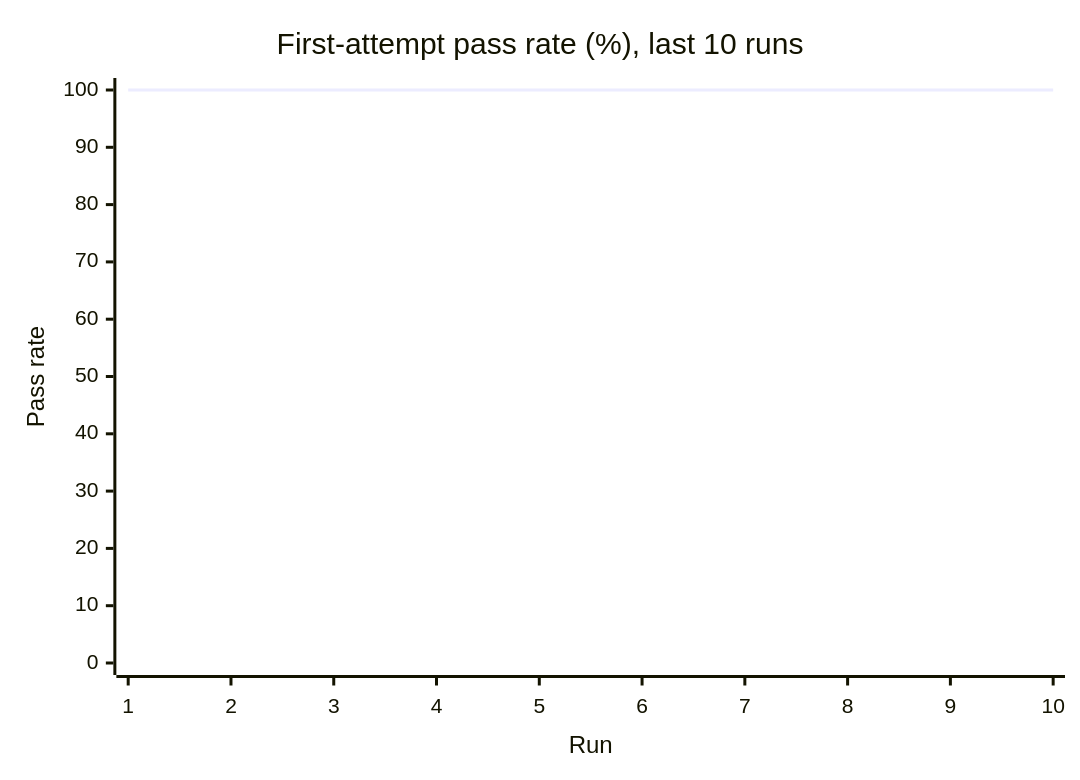
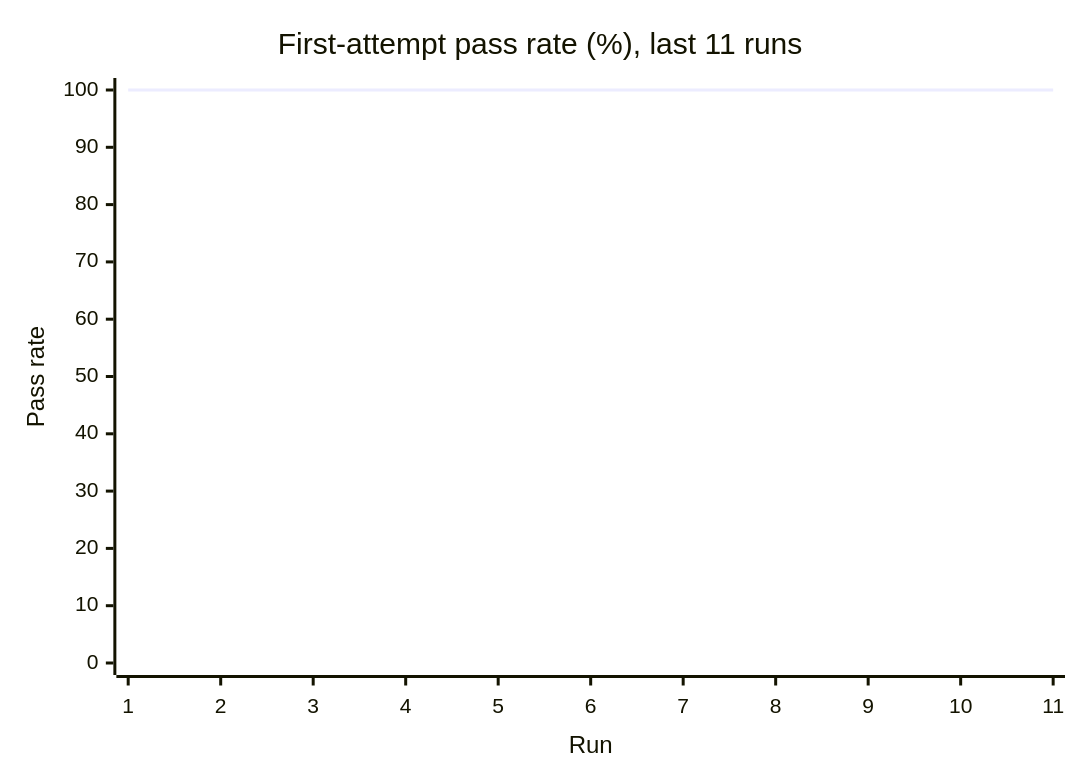
Before and after one commit to Shirojoufu/DORA-Metrics: the first of 3 diagrams in reports/summary.md, drawn with Mermaid. The commit also changed other lines of this file and 5 other files, not shown here.

````diff
--- a/reports/summary.md
+++ b/reports/summary.md
@@ -17,7 +17,7 @@
 ```mermaid
 xychart-beta
-    title "First-attempt pass rate (%), last 10 runs"
-    x-axis "Run" [1, 2, 3, 4, 5, 6, 7, 8, 9, 10]
+    title "First-attempt pass rate (%), last 11 runs"
+    x-axis "Run" [1, 2, 3, 4, 5, 6, 7, 8, 9, 10, 11]
     y-axis "Pass rate" 0 --> 100
-    line [100.0, 100.0, 100.0, 100.0, 100.0, 100.0, 100.0, 100.0, 100.0, 100.0]
+    line [100.0, 100.0, 100.0, 100.0, 100.0, 100.0, 100.0, 100.0, 100.0, 100.0, 100.0]
 ```
````
